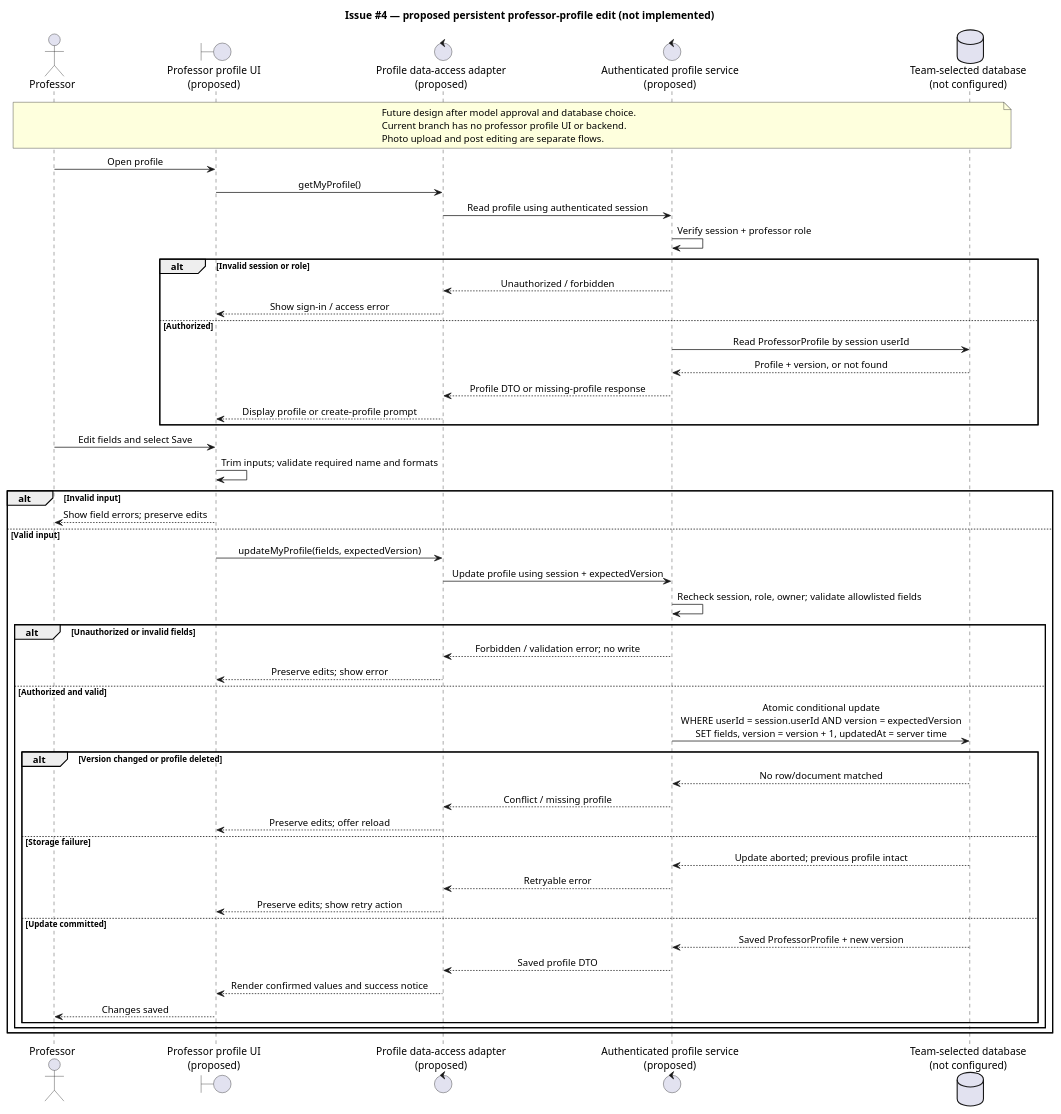
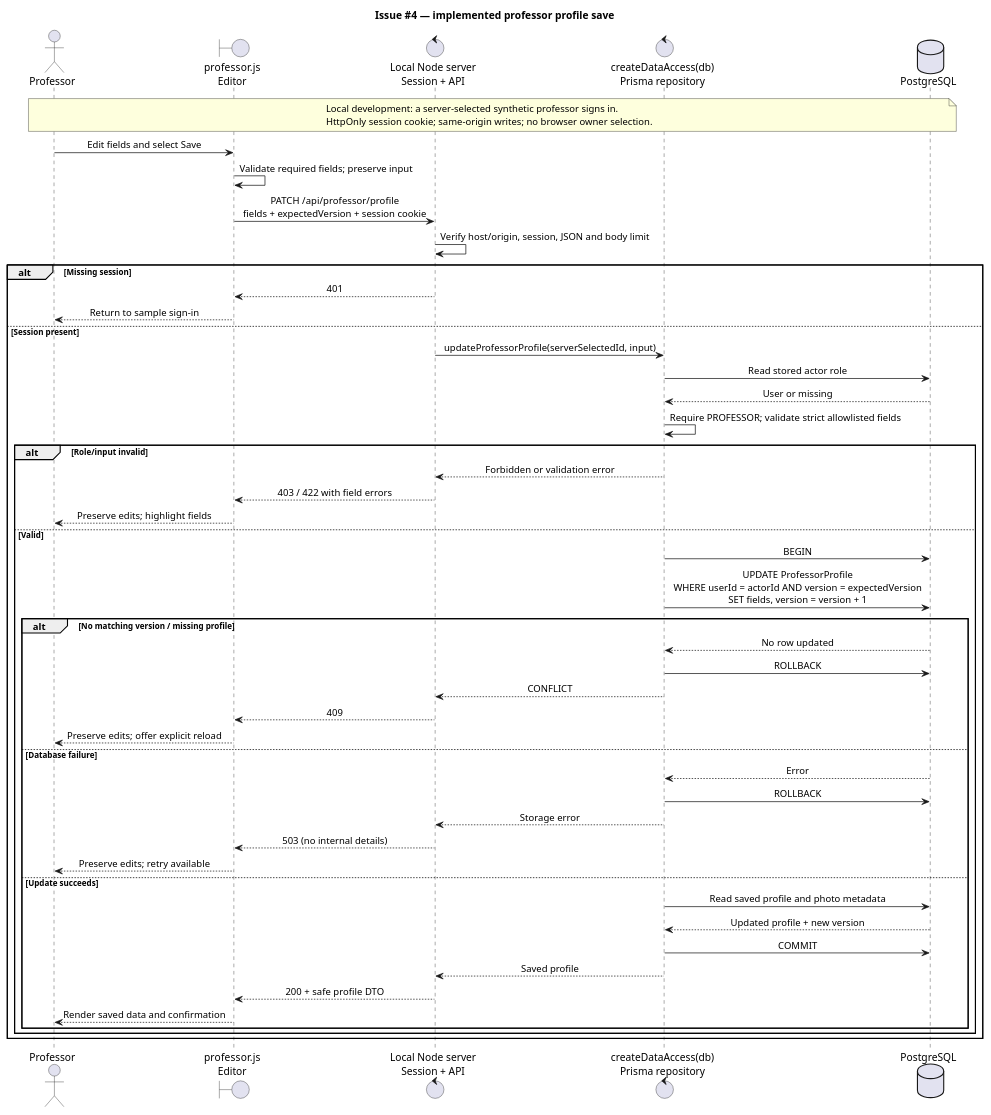
One commit to jclontz7-commits/3155implementation changed the diagram in docs/uml/professor-profile-sequence.puml. Above: the diagram before and after it, drawn with PlantUML. The commit also changed 27 other files, not shown here.

Commit message:
Implement PostgreSQL-backed professor profile and local demo API

```diff
--- a/docs/uml/professor-profile-sequence.puml
+++ b/docs/uml/professor-profile-sequence.puml
@@ -1,60 +1,56 @@
 @startuml
 skinparam shadowing false
 skinparam backgroundColor white
 skinparam sequenceMessageAlign center
-title Issue #4 — proposed persistent professor-profile edit (not implemented)
+title Issue #4 — implemented professor profile save
 actor Professor
-boundary "Professor profile UI\n(proposed)" as UI
-control "Profile data-access adapter\n(proposed)" as Adapter
-control "Authenticated profile service\n(proposed)" as Service
-database "Team-selected database\n(not configured)" as DB
-
+boundary "professor.js\nEditor" as UI
+control "Local Node server\nSession + API" as API
+control "createDataAccess(db)\nPrisma repository" as DAL
+database PostgreSQL as DB
 note over Professor,DB
-  Future design after model approval and database choice.
-  Current branch has no professor profile UI or backend.
-  Photo upload and post editing are separate flows.
+  Local development: a server-selected synthetic professor signs in.
+  HttpOnly session cookie; same-origin writes; no browser owner selection.
 end note
-Professor -> UI: Open profile
-UI -> Adapter: getMyProfile()
-Adapter -> Service: Read profile using authenticated session
-Service -> Service: Verify session + professor role
-alt Invalid session or role
-  Service --> Adapter: Unauthorized / forbidden
-  Adapter --> UI: Show sign-in / access error
-else Authorized
-  Service -> DB: Read ProfessorProfile by session userId
-  DB --> Service: Profile + version, or not found
-  Service --> Adapter: Profile DTO or missing-profile response
-  Adapter --> UI: Display profile or create-profile prompt
-end
-
 Professor -> UI: Edit fields and select Save
-UI -> UI: Trim inputs; validate required name and formats
-alt Invalid input
-  UI --> Professor: Show field errors; preserve edits
-else Valid input
-  UI -> Adapter: updateMyProfile(fields, expectedVersion)
-  Adapter -> Service: Update profile using session + expectedVersion
-  Service -> Service: Recheck session, role, owner; validate allowlisted fields
-  alt Unauthorized or invalid fields
-    Service --> Adapter: Forbidden / validation error; no write
-    Adapter --> UI: Preserve edits; show error
-  else Authorized and valid
-    Service -> DB: Atomic conditional update\nWHERE userId = session.userId AND version = expectedVersion\nSET fields, version = version + 1, updatedAt = server time
-    alt Version changed or profile deleted
-      DB --> Service: No row/document matched
-      Service --> Adapter: Conflict / missing profile
-      Adapter --> UI: Preserve edits; offer reload
-    else Storage failure
-      DB --> Service: Update aborted; previous profile intact
-      Service --> Adapter: Retryable error
-      Adapter --> UI: Preserve edits; show retry action
-    else Update committed
-      DB --> Service: Saved ProfessorProfile + new version
-      Service --> Adapter: Saved profile DTO
-      Adapter --> UI: Render confirmed values and success notice
-      UI --> Professor: Changes saved
+UI -> UI: Validate required fields; preserve input
+UI -> API: PATCH /api/professor/profile\nfields + expectedVersion + session cookie
+API -> API: Verify host/origin, session, JSON and body limit
+alt Missing session
+  API --> UI: 401
+  UI --> Professor: Return to sample sign-in
+else Session present
+  API -> DAL: updateProfessorProfile(serverSelectedId, input)
+  DAL -> DB: Read stored actor role
+  DB --> DAL: User or missing
+  DAL -> DAL: Require PROFESSOR; validate strict allowlisted fields
+  alt Role/input invalid
+    DAL --> API: Forbidden or validation error
+    API --> UI: 403 / 422 with field errors
+    UI --> Professor: Preserve edits; highlight fields
+  else Valid
+    DAL -> DB: BEGIN
+    DAL -> DB: UPDATE ProfessorProfile\nWHERE userId = actorId AND version = expectedVersion\nSET fields, version = version + 1
+    alt No matching version / missing profile
+      DB --> DAL: No row updated
+      DAL -> DB: ROLLBACK
+      DAL --> API: CONFLICT
+      API --> UI: 409
+      UI --> Professor: Preserve edits; offer explicit reload
+    else Database failure
+      DB --> DAL: Error
+      DAL -> DB: ROLLBACK
+      DAL --> API: Storage error
+      API --> UI: 503 (no internal details)
+      UI --> Professor: Preserve edits; retry available
+    else Update succeeds
+      DAL -> DB: Read saved profile and photo metadata
+      DB --> DAL: Updated profile + new version
+      DAL -> DB: COMMIT
+      DAL --> API: Saved profile
+      API --> UI: 200 + safe profile DTO
+      UI --> Professor: Render saved data and confirmation
     end
   end
 end
 @enduml
```
